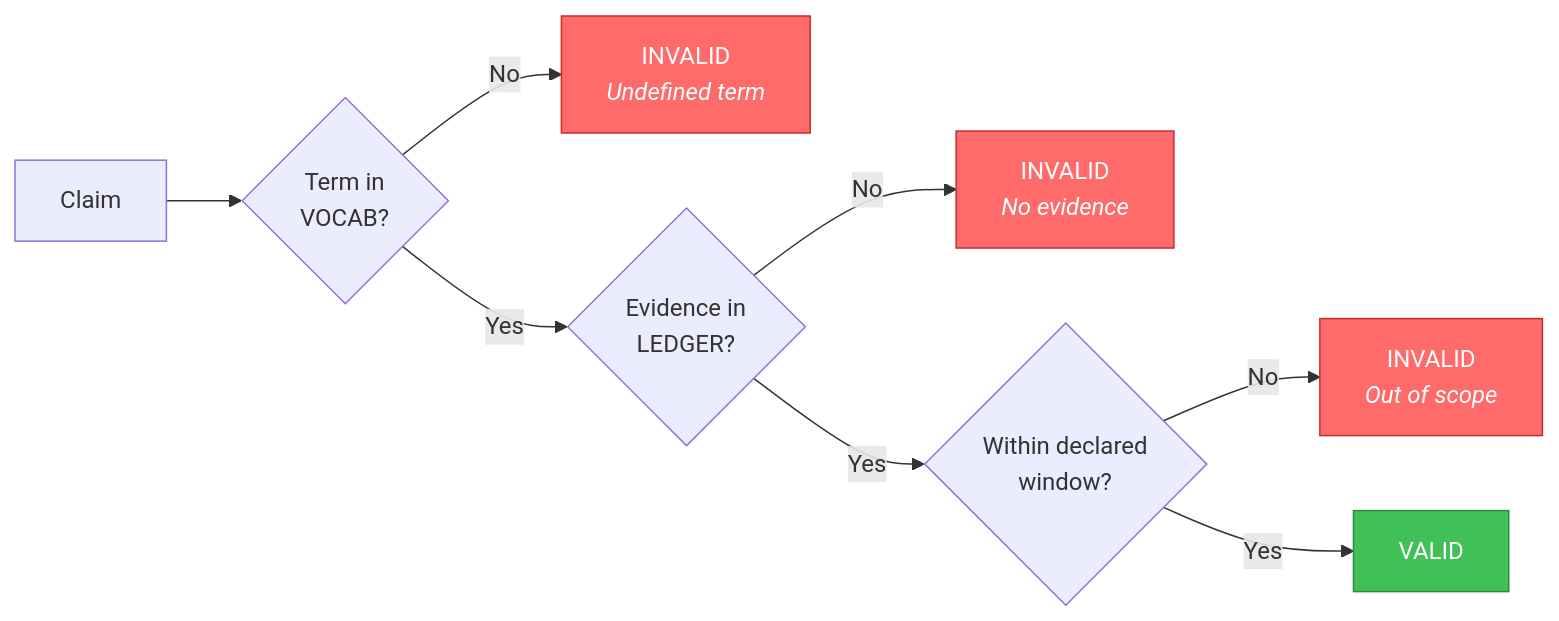
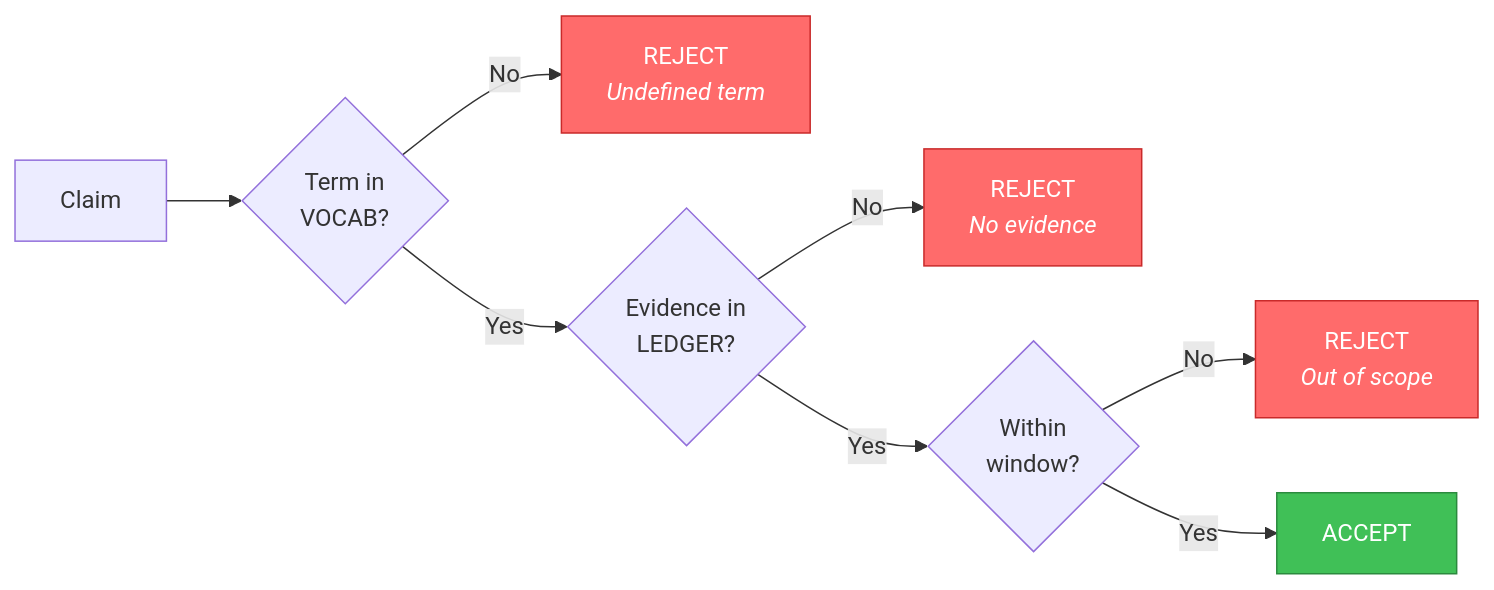
Before and after one commit to canonic-machine/paper: the first of 7 diagrams in manuscript.md, drawn with Mermaid. The commit also changed other lines of this file and 242 other files, not shown here.

````diff
--- a/manuscript.md
+++ b/manuscript.md
@@ -154,15 +142,15 @@
 ```mermaid
 flowchart LR
     Claim["Claim"] --> G1{"Term in<br/>VOCAB?"}
-    G1 -->|No| R1["INVALID<br/><i>Undefined term</i>"]
+    G1 -->|No| R1["REJECT<br/><i>Undefined term</i>"]
     G1 -->|Yes| G2{"Evidence in<br/>LEDGER?"}
-    G2 -->|No| R2["INVALID<br/><i>No evidence</i>"]
-    G2 -->|Yes| G3{"Within declared<br/>window?"}
-    G3 -->|No| R3["INVALID<br/><i>Out of scope</i>"]
-    G3 -->|Yes| Valid["VALID"]
+    G2 -->|No| R2["REJECT<br/><i>No evidence</i>"]
+    G2 -->|Yes| G3{"Within<br/>window?"}
+    G3 -->|No| R3["REJECT<br/><i>Out of scope</i>"]
+    G3 -->|Yes| Valid["ACCEPT"]
 
     style R1 fill:#ff6b6b,stroke:#c92a2a,color:white
     style R2 fill:#ff6b6b,stroke:#c92a2a,color:white
     style R3 fill:#ff6b6b,stroke:#c92a2a,color:white
     style Valid fill:#40c057,stroke:#2b8a3e,color:white
 ```
````
